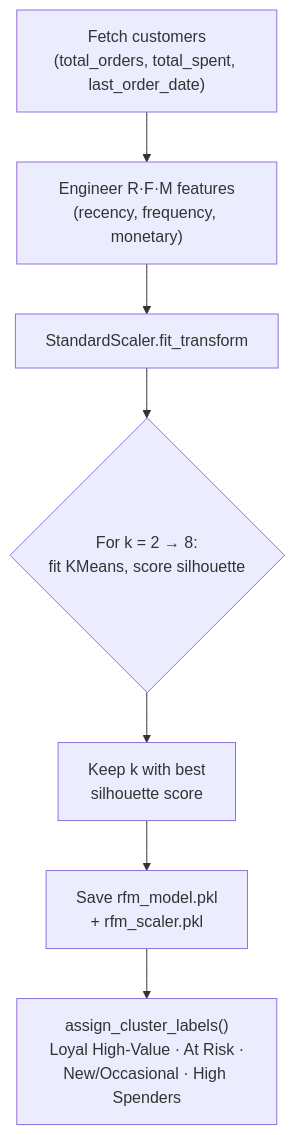
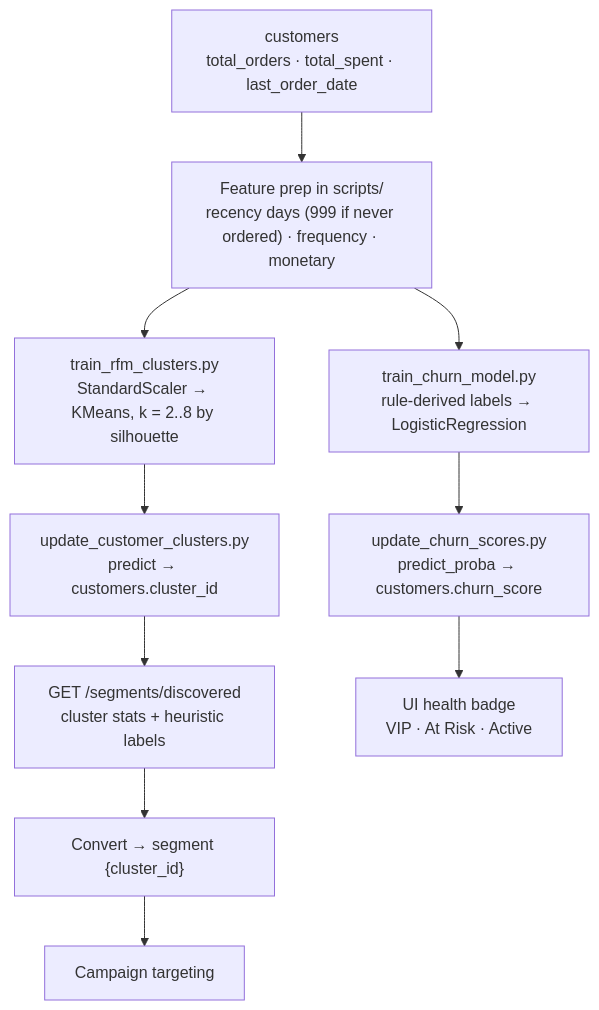
The sixth of 9 diagrams in README.md (Debasish65368/brewco-crm), drawn with Mermaid before and after one commit. The commit also changed other lines of this file, not shown here.

````diff
--- a/README.md
+++ b/README.md
@@ -340,12 +257,16 @@
 ```mermaid
 flowchart TD
-    A["Fetch customers\n(total_orders, total_spent, last_order_date)"]
-    B["Engineer R·F·M features\n(recency, frequency, monetary)"]
-    C["StandardScaler.fit_transform"]
-    D{"For k = 2 → 8:\nfit KMeans, score silhouette"}
-    E["Keep k with best\nsilhouette score"]
-    F["Save rfm_model.pkl\n+ rfm_scaler.pkl"]
-    G["assign_cluster_labels()\nLoyal High-Value · At Risk ·\nNew/Occasional · High Spenders"]
+    A["customers<br/>total_orders · total_spent · last_order_date"]
+    B["Feature prep in scripts/<br/>recency days (999 if never ordered) · frequency · monetary"]
+    C1["train_churn_model.py<br/>rule-derived labels → LogisticRegression"]
+    C2["train_rfm_clusters.py<br/>StandardScaler → KMeans, k = 2..8 by silhouette"]
+    D1["update_churn_scores.py<br/>predict_proba → customers.churn_score"]
+    D2["update_customer_clusters.py<br/>predict → customers.cluster_id"]
+    E["GET /segments/discovered<br/>cluster stats + heuristic labels"]
+    F["Convert → segment {cluster_id}"]
+    G["Campaign targeting"]
+    H["UI health badge<br/>VIP · At Risk · Active"]
 
-    A --> B --> C --> D --> E --> F --> G
+    A --> B --> C1 --> D1 --> H
+    B --> C2 --> D2 --> E --> F --> G
 ```
````
